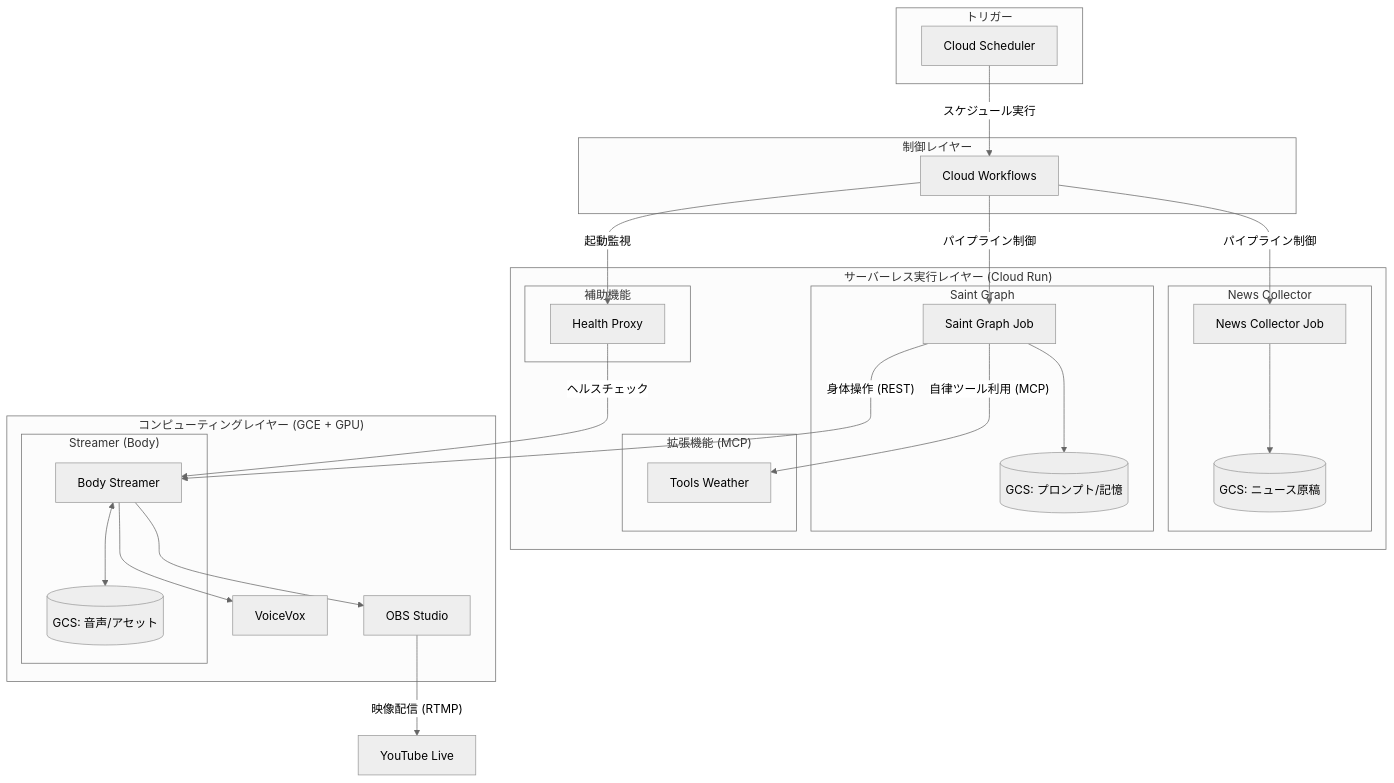
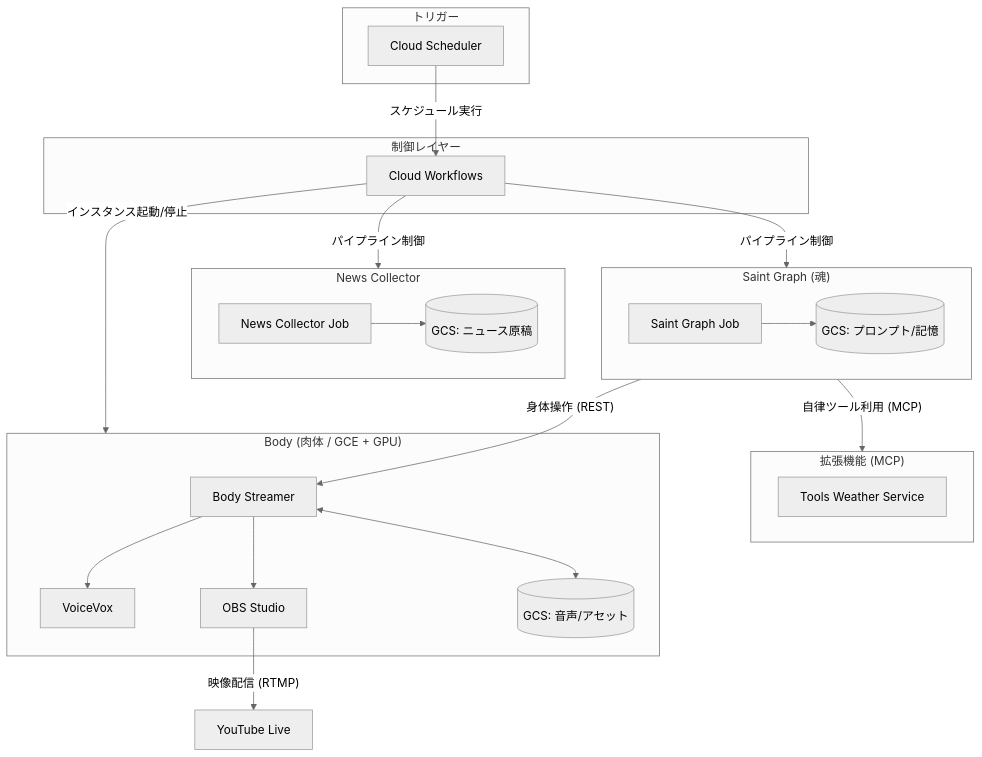
One commit to koduki/ai-tuber changed the diagram in README.md. Above: the diagram before and after it, drawn with Mermaid (neutral theme).

Commit message:
modify diagram

````diff
--- a/README.md
+++ b/README.md
@@ -167,58 +167,49 @@
 ```mermaid
 graph TD
     subgraph Trigger ["トリガー"]
         CS[Cloud Scheduler]
     end
 
     subgraph Orchestration ["制御レイヤー"]
         CW[Cloud Workflows]
     end
 
-    subgraph Serverless ["サーバーレス実行レイヤー (Cloud Run)"]
-        subgraph NC_Group ["News Collector"]
-            NC[News Collector Job]
-            GCS_N[(GCS: ニュース原稿)]
-            NC --> GCS_N
-        end
-        
-        subgraph SG_Group ["Saint Graph"]
-            SG[Saint Graph Job]
-            GCS_P[(GCS: プロンプト/記憶)]
-            SG --> GCS_P
-        end
-
-        subgraph ToolsLayer ["拡張機能 (MCP)"]
-            TW[Tools Weather]
-        end
-        
-        subgraph UtilityLayer ["補助機能"]
-            HP[Health Proxy]
-        end
+    subgraph News ["News Collector"]
+        NC[News Collector Job]
+        GCS_N[(GCS: ニュース原稿)]
+        NC --> GCS_N
+    end
+    
+    subgraph SaintGraph ["Saint Graph (魂)"]
+        SG[Saint Graph Job]
+        GCS_P[(GCS: プロンプト/記憶)]
+        SG --> GCS_P
     end
 
-    subgraph Computing ["コンピューティングレイヤー (GCE + GPU)"]
-        subgraph BodyNode ["Streamer (Body)"]
-            STR[Body Streamer]
-            GCS_M[(GCS: 音声/アセット)]
-            STR <--> GCS_M
-        end
+    subgraph Tools ["拡張機能 (MCP)"]
+        TW[Tools Weather Service]
+    end
+
+    subgraph Body ["Body (肉体 / GCE + GPU)"]
+        STR[Body Streamer]
         VV[VoiceVox]
         OBS[OBS Studio]
+        GCS_M[(GCS: 音声/アセット)]
+        STR <--> GCS_M
+        STR --> VV
+        STR --> OBS
     end
 
     YT[YouTube Live]
 
     %% Flow
     CS -- "スケジュール実行" --> CW
-    CW -- "パイプライン制御" --> NC
-    CW -- "パイプライン制御" --> SG
-    CW -- "起動監視" --> HP
+    CW -- "パイプライン制御" --> News
+    CW -- "パイプライン制御" --> SaintGraph
+    CW -- "インスタンス起動/停止" --> Body
 
     %% Interactions
-    SG -- "身体操作 (REST)" --> STR
-    SG -- "自律ツール利用 (MCP)" --> TW
-    HP -- "ヘルスチェック" --> STR
-    STR --> VV
-    STR --> OBS
+    SaintGraph -- "身体操作 (REST)" --> STR
+    SaintGraph -- "自律ツール利用 (MCP)" --> Tools
     OBS -- "映像配信 (RTMP)" --> YT
 ```
````
